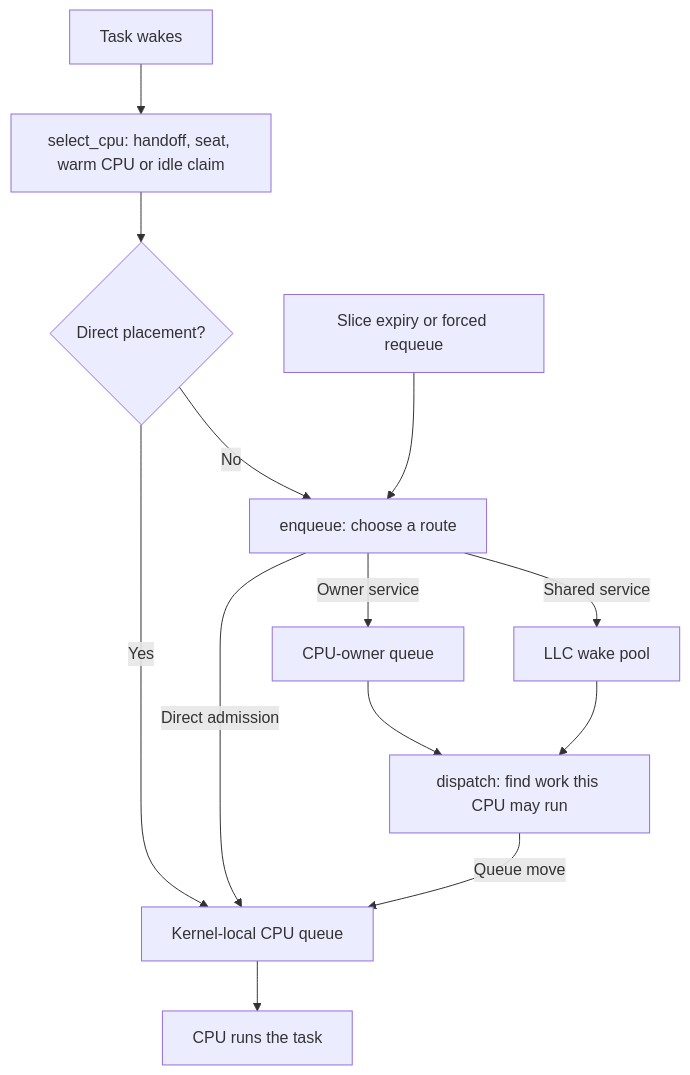
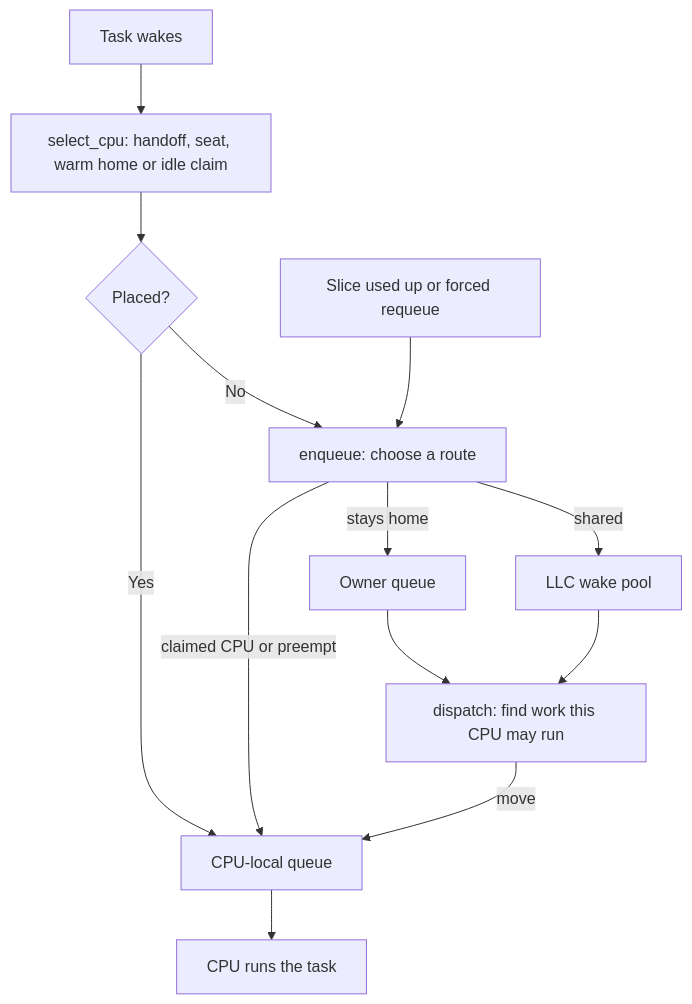
Before and after one commit to RitzDaCat/scx: the first of 5 diagrams in scheds/rust/scx_cake/DESIGN.md, drawn with Mermaid. The commit also changed other lines of this file and 11 other files, not shown here.

````diff
--- a/scheds/rust/scx_cake/DESIGN.md
+++ b/scheds/rust/scx_cake/DESIGN.md
@@ -28,15 +40,15 @@
 ```mermaid
 flowchart TD
-    W["Task wakes"] --> S["select_cpu: handoff, seat, warm CPU or idle claim"]
-    S --> D{"Direct placement?"}
-    D -->|Yes| L["Kernel-local CPU queue"]
+    W["Task wakes"] --> S["select_cpu: handoff, seat, warm home or idle claim"]
+    S --> D{"Placed?"}
+    D -->|Yes| L["CPU-local queue"]
     D -->|No| E["enqueue: choose a route"]
-    R["Slice expiry or forced requeue"] --> E
-    E -->|Direct admission| L
-    E -->|Owner service| O["CPU-owner queue"]
-    E -->|Shared service| P["LLC wake pool"]
+    R["Slice used up or forced requeue"] --> E
+    E -->|claimed CPU or preempt| L
+    E -->|stays home| O["Owner queue"]
+    E -->|shared| P["LLC wake pool"]
     O --> X["dispatch: find work this CPU may run"]
     P --> X
-    X -->|Queue move| L
+    X -->|move| L
     L --> C["CPU runs the task"]
 ```
````
